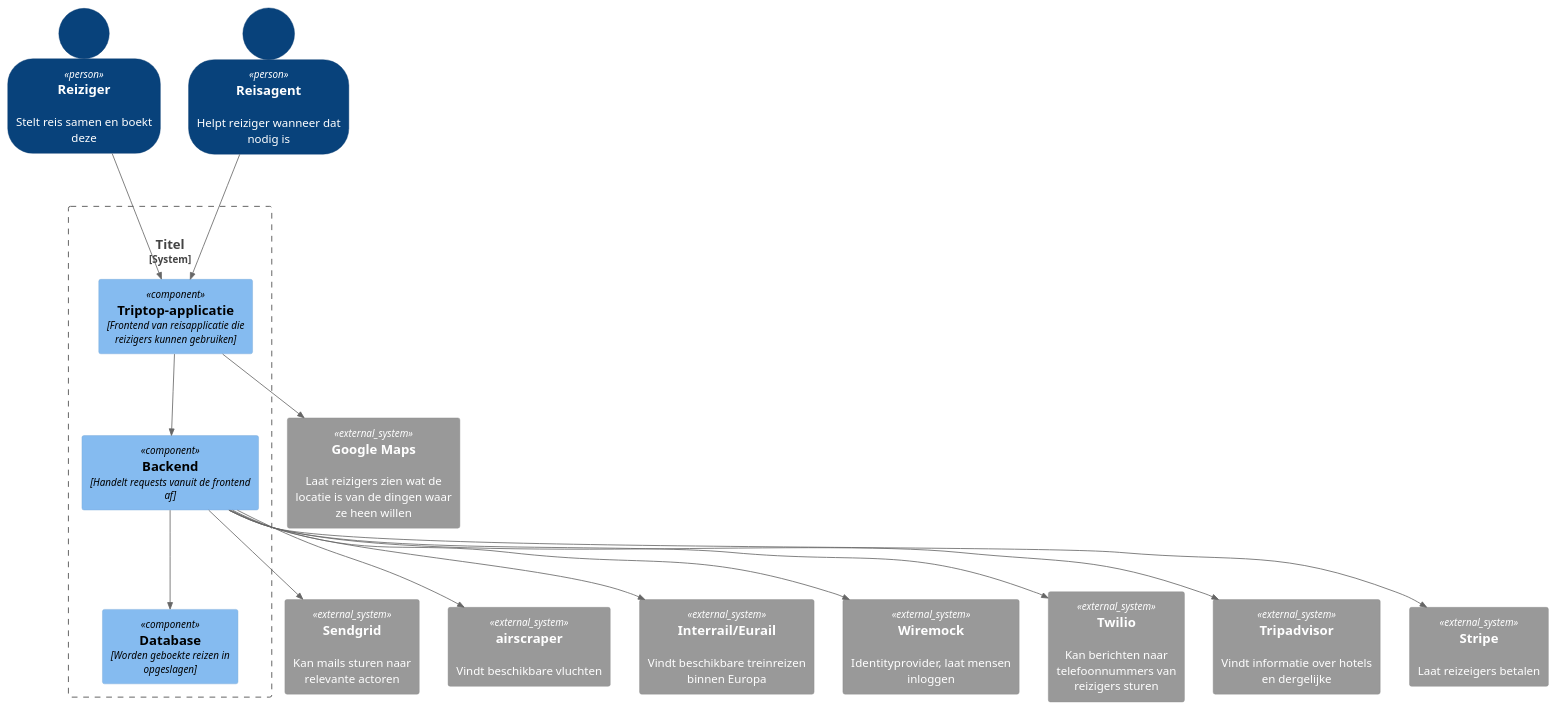
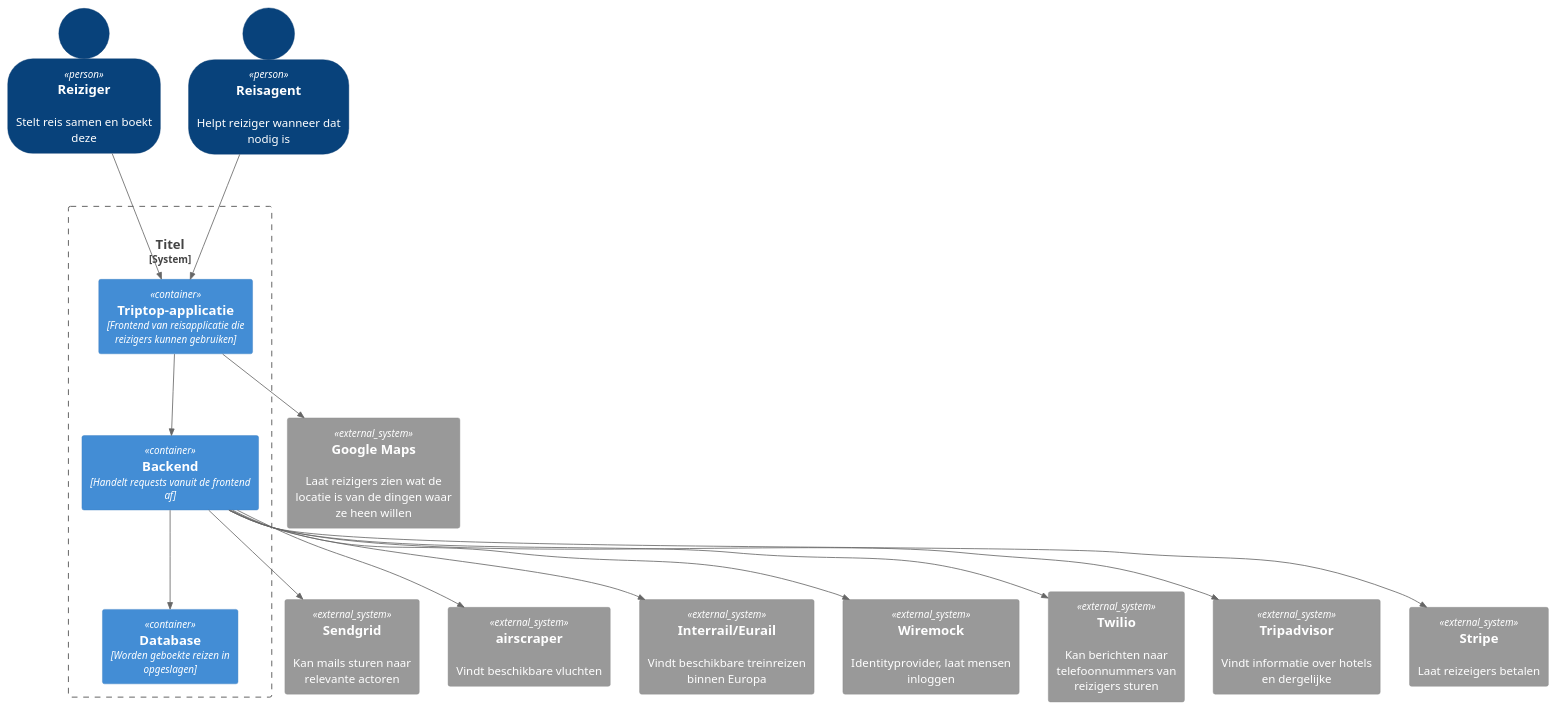
The diagram in opdracht-diagrammen/Diagrammen studenten/Week 1/ContainerDiagram/container_diagram.puml (AIM-ENE-feb25/triptop-dravende-dikdiks), drawn with PlantUML before and after one commit. The commit also changed 2 other files, not shown here.

Commit message:
container aangepast

```diff
--- a/opdracht-diagrammen/Diagrammen studenten/Week 1/ContainerDiagram/container_diagram.puml
+++ b/opdracht-diagrammen/Diagrammen studenten/Week 1/ContainerDiagram/container_diagram.puml
@@ -1,49 +1,49 @@
 @startuml
 
 !include https://raw.githubusercontent.com/plantuml-stdlib/C4-PlantUML/master/C4_Context.puml
 !include https://raw.githubusercontent.com/plantuml-stdlib/C4-PlantUML/master/C4_Container.puml
 !include https://raw.githubusercontent.com/plantuml-stdlib/C4-PlantUML/master/C4_Component.puml
 
 SHOW_PERSON_OUTLINE()
 
 Person("r", "Reiziger", "Stelt reis samen en boekt deze")
 Person("ra", "Reisagent", "Helpt reiziger wanneer dat nodig is")
 
 
 System_Boundary("naam", "Titel"){
-    Component("be", "Backend", "Handelt requests vanuit de frontend af")
-    Component("fe", "Triptop-applicatie", "Frontend van reisapplicatie die reizigers kunnen gebruiken")
-    Component("db", "Database", "Worden geboekte reizen in opgeslagen")
+    Container("be", "Backend", "Handelt requests vanuit de frontend af")
+    Container("fe", "Triptop-applicatie", "Frontend van reisapplicatie die reizigers kunnen gebruiken")
+    Container("db", "Database", "Worden geboekte reizen in opgeslagen")
 }
 
 System_Ext("sg", "Sendgrid", "Kan mails sturen naar relevante actoren")
 System_Ext("as", "airscraper", "Vindt beschikbare vluchten")
 System_Ext("eur", "Interrail/Eurail", "Vindt beschikbare treinreizen binnen Europa")
 System_Ext("wm", "Wiremock", "Identityprovider, laat mensen inloggen")
 System_Ext("tw", "Twilio", "Kan berichten naar telefoonnummers van reizigers sturen")
 System_Ext("ta", "Tripadvisor", "Vindt informatie over hotels en dergelijke")
 System_Ext("st", "Stripe", "Laat reizeigers betalen")
 System_Ext("gm", "Google Maps", "Laat reizigers zien wat de locatie is van de dingen waar ze heen willen")
 
 
 Rel("r", "fe", " ")
 Rel("ra", "fe", " ")
 Rel("fe", "be", " ")
 Rel("be", "db", " ")
 
 Rel("be", "sg", " ")
 Rel("be", "as", " ")
 Rel("be", "eur", " ")
 Rel("be", "wm", " ")
 Rel("be", "tw", " ")
 Rel("be", "ta", " ")
 Rel("be", "st", " ")
 Rel("fe", "gm", " ")
 
 
 'todo: labels bij de pijltjes bedenken
 
 
 
 
 @enduml
```
